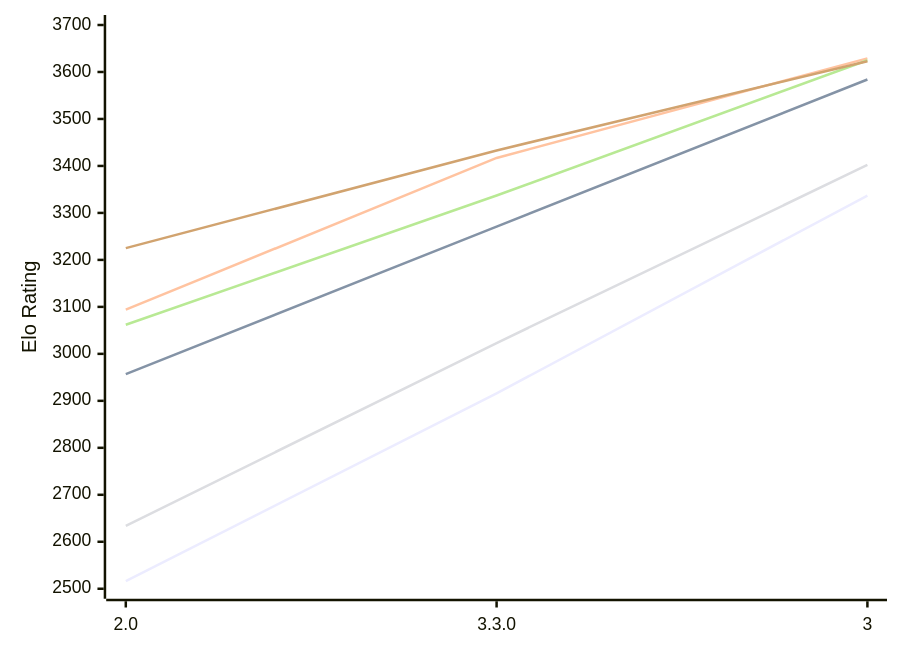
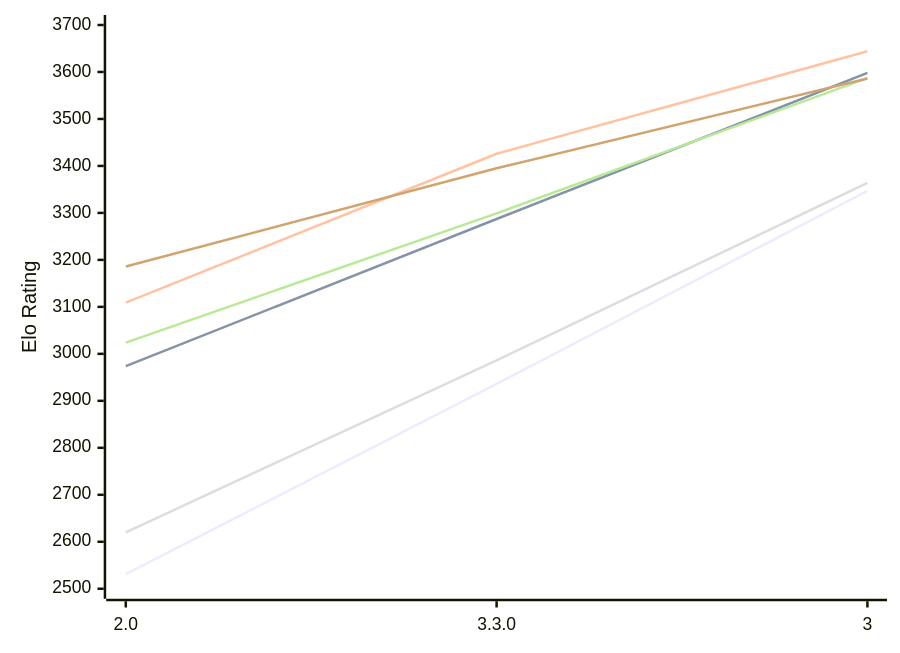
Before and after one commit to computer-chess-index/cci: the diagram in engines/Ravager.md, drawn with Mermaid. The commit also changed other lines of this file, not shown here.

Commit message:
Update CCI Ratings (ELO VLTC) - 2026-11-14

````diff
--- a/engines/Ravager.md
+++ b/engines/Ravager.md
@@ -51,12 +51,12 @@
 ```mermaid
 %%{init: {"theme":"base","themeVariables":{"seriesColors:['#a3a3a3','#222221','#faa371']}}}%%
 xychart-beta
   x-axis ["2.0", "3.3.0", "3"]
   y-axis "Elo Rating" 2500 --> 3700
-  line "E1: STC (8.0+0.08s)" [2516, 2916, 3337]
-  line "E1: LTC (60.0+0.60s)" [2957, 3271, 3584]
-  line "E1: VLTC (2m24s+1.12s)" [3094, 3417, 3629]
-  line "P1: STC (8.0+0.08s)" [2634, 3023, 3402]
-  line "P1: LTC (60.0+0.60s)" [3062, 3337, 3625]
-  line "P1: VLTC (2m24s+1.12s)" [3225, 3433, 3623]
+  line "E1: STC (8.0+0.08s)" [2531, 2936, 3347]
+  line "E1: LTC (60.0+0.60s)" [2974, 3287, 3598]
+  line "E1: VLTC (2m24s+1.12s)" [3109, 3426, 3644]
+  line "P1: STC (8.0+0.08s)" [2620, 2986, 3364]
+  line "P1: LTC (60.0+0.60s)" [3024, 3299, 3587]
+  line "P1: VLTC (2m24s+1.12s)" [3186, 3395, 3586]
 ```
````
